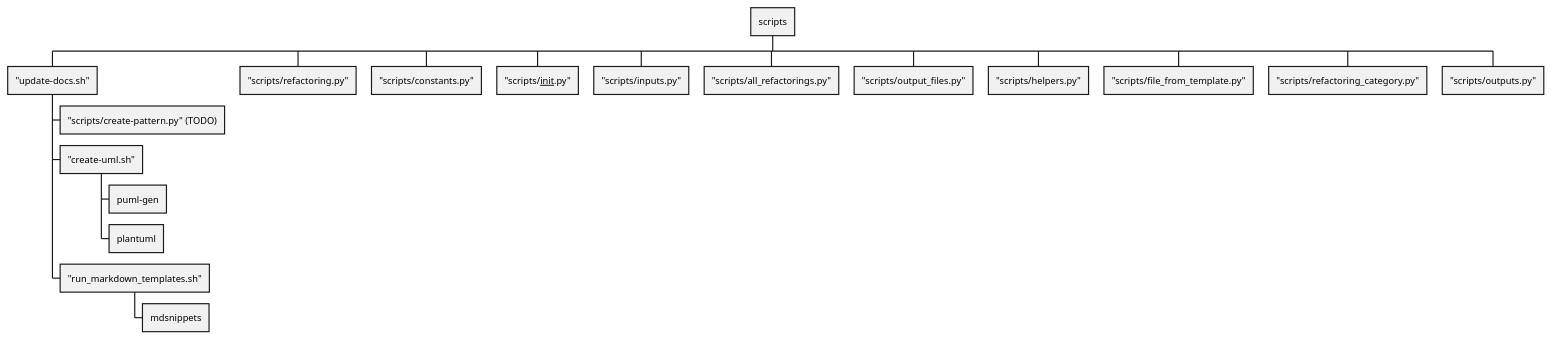
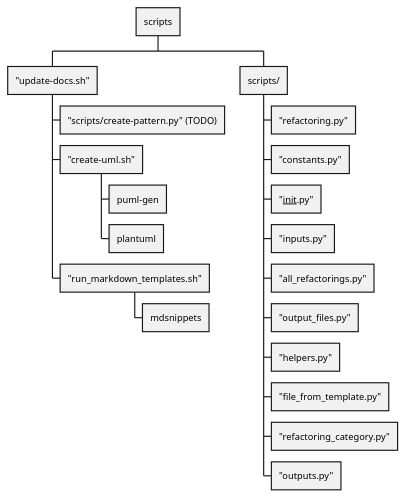
Before and after one commit to claremacrae/RefactoringSamples: the diagram in uml/Scripts/Scripts.puml, drawn with PlantUML.

Commit message:
Group implementation details together

```diff
--- a/uml/Scripts/Scripts.puml
+++ b/uml/Scripts/Scripts.puml
@@ -1,22 +1,23 @@
 @startwbs
 
 * scripts
 ** "update-docs.sh"
 *** "scripts/create-pattern.py" (TODO)
 *** "create-uml.sh"
 **** puml-gen
 **** plantuml
 *** "run_markdown_templates.sh"
 **** mdsnippets
-** "scripts/refactoring.py"
-** "scripts/constants.py"
-** "scripts/__init__.py"
-** "scripts/inputs.py"
-** "scripts/all_refactorings.py"
-** "scripts/output_files.py"
-** "scripts/helpers.py"
-** "scripts/file_from_template.py"
-** "scripts/refactoring_category.py"
-** "scripts/outputs.py"
+** scripts/
+*** "refactoring.py"
+*** "constants.py"
+*** "__init__.py"
+*** "inputs.py"
+*** "all_refactorings.py"
+*** "output_files.py"
+*** "helpers.py"
+*** "file_from_template.py"
+*** "refactoring_category.py"
+*** "outputs.py"
 
 @endwbs
```
